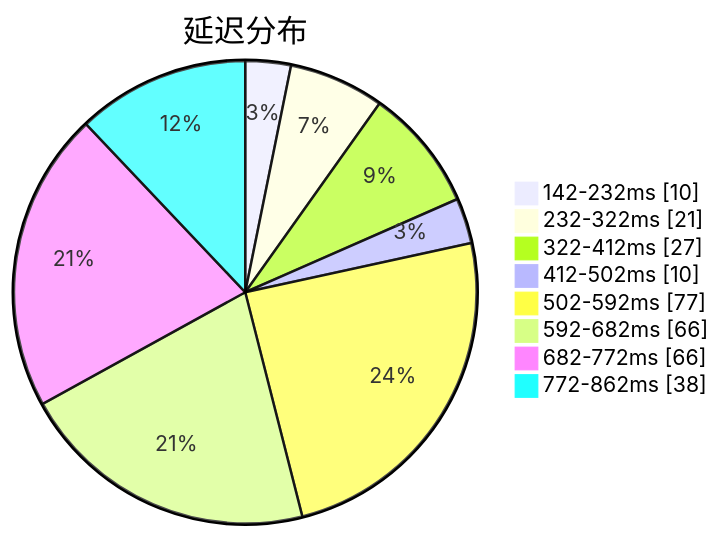
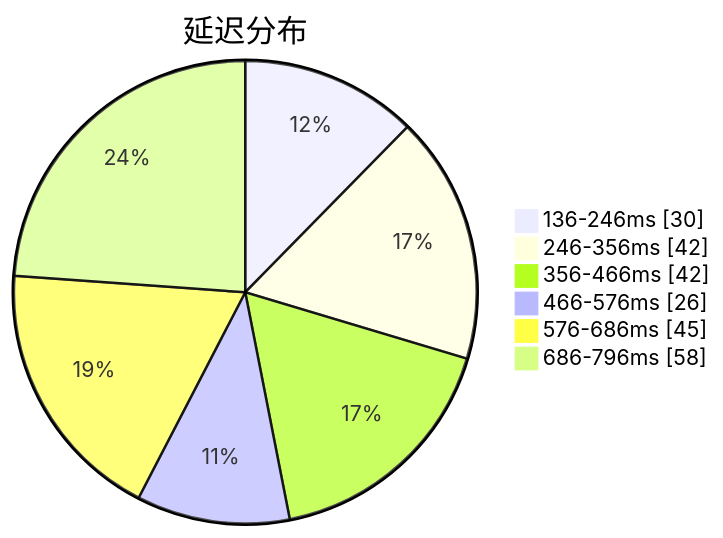
The first of 3 diagrams in subs/statistics/tested_within.md (qjlxg/airport), drawn with Mermaid before and after one commit. The commit also changed other lines of this file and 2 other files, not shown here.

Commit message:
Tested by metaST

````diff
--- a/subs/statistics/tested_within.md
+++ b/subs/statistics/tested_within.md
@@ -2,12 +2,10 @@
 ```mermaid
 pie showData
 title 延迟分布
-"142-232ms" : 10
-"232-322ms" : 21
-"322-412ms" : 27
-"412-502ms" : 10
-"502-592ms" : 77
-"592-682ms" : 66
-"682-772ms" : 66
-"772-862ms" : 38
+"136-246ms" : 30
+"246-356ms" : 42
+"356-466ms" : 42
+"466-576ms" : 26
+"576-686ms" : 45
+"686-796ms" : 58
 ```
````
